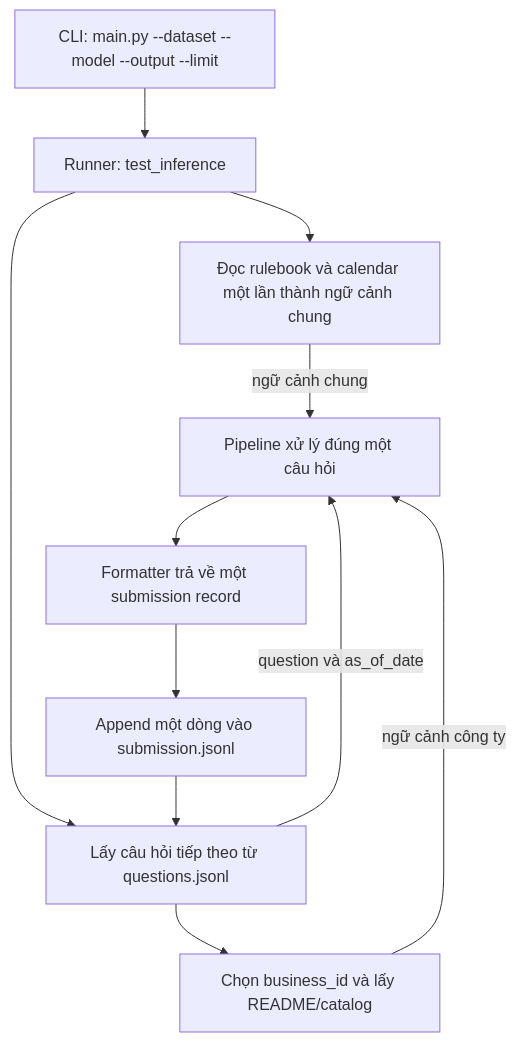
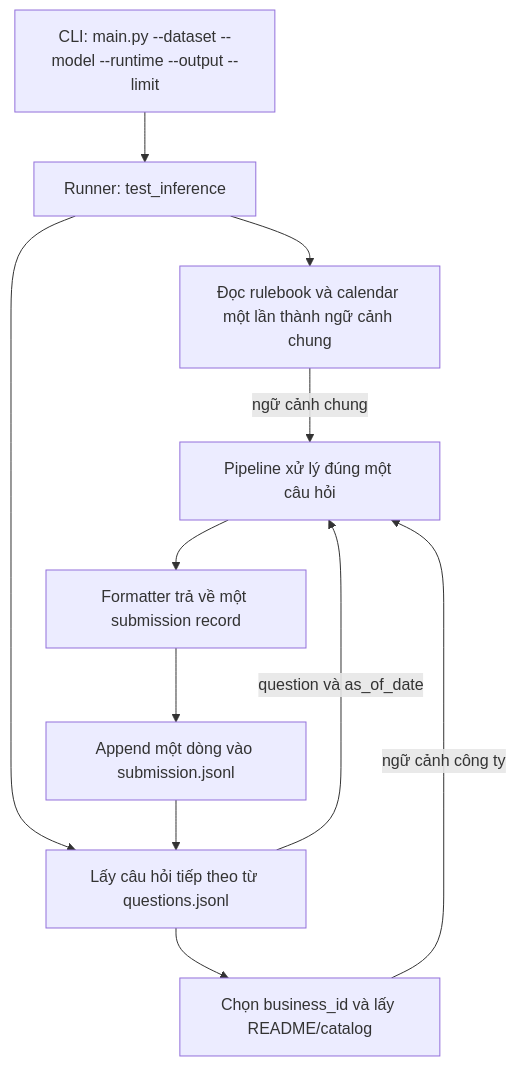
One commit to ToiLaKiet/datamate changed the sixth of 6 diagrams in docs/ARCHITECTURE.md. Above: the diagram before and after it, drawn with Mermaid. The commit also changed other lines of this file and 10 other files, not shown here.

````diff
--- a/docs/ARCHITECTURE.md
+++ b/docs/ARCHITECTURE.md
@@ -76,13 +78,13 @@
 ```mermaid
 flowchart TD
-    X[CLI: main.py --dataset --model --output --limit] --> A[Runner: test_inference]
+    X[CLI: main.py --dataset --model --runtime --output --limit] --> A[Runner: test_inference]
     A --> B[Đọc rulebook và calendar một lần thành ngữ cảnh chung]
     A --> C[Lấy câu hỏi tiếp theo từ questions.jsonl]
     C --> D[Chọn business_id và lấy README/catalog]
     B -->|ngữ cảnh chung| E[Pipeline xử lý đúng một câu hỏi]
     C -->|question và as_of_date| E
     D -->|ngữ cảnh công ty| E
     E --> F[Formatter trả về một submission record]
     F --> G[Append một dòng vào submission.jsonl]
     G --> C
 ```
````
